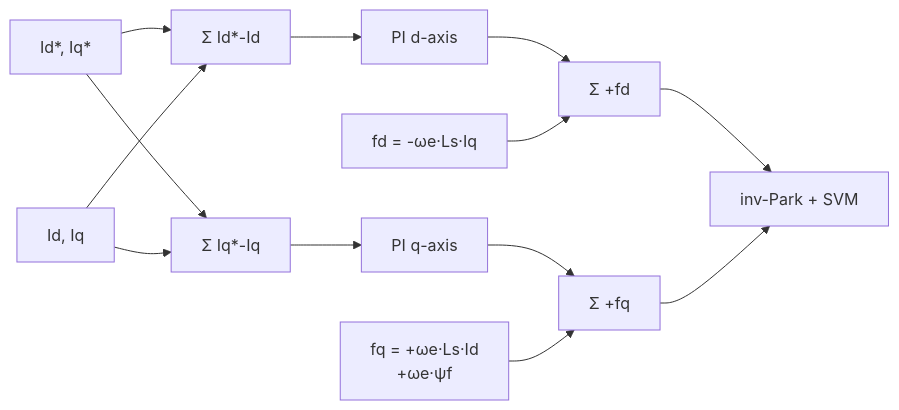
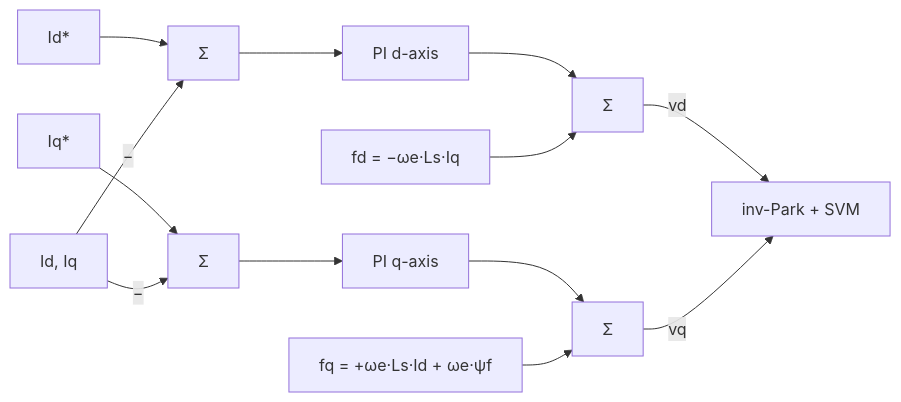
One commit to embedded-pro/e-foc changed the diagram in documentation/theory/current-loop-controllers.md. Above: the diagram before and after it, drawn with Mermaid. The commit also changed other lines of this file and 21 other files, not shown here.

````diff
--- a/documentation/theory/current-loop-controllers.md
+++ b/documentation/theory/current-loop-controllers.md
@@ -133,15 +132,15 @@
 ```mermaid
 graph LR
-    Iref["Id*, Iq*"] --> ERRD["Σ Id*-Id"]
-    Iref --> ERRQ["Σ Iq*-Iq"]
-    MEAS["Id, Iq"] --> ERRD
-    MEAS --> ERRQ
-    ERRD --> PID_D["PI d-axis"]
-    ERRQ --> PID_Q["PI q-axis"]
-    PID_D --> SUM_D["Σ +fd"]
-    PID_Q --> SUM_Q["Σ +fq"]
-    FF["fd = -ωe·Ls·Iq"] --> SUM_D
-    FFQ["fq = +ωe·Ls·Id\n    +ωe·ψf"] --> SUM_Q
-    SUM_D --> OUT["inv-Park + SVM"]
-    SUM_Q --> OUT
+    IREF_D["Id*"] --> ED["Σ"]
+    IREF_Q["Iq*"] --> EQ["Σ"]
+    IDQ["Id, Iq"] -->|"−"| ED
+    IDQ -->|"−"| EQ
+    ED --> PD["PI d-axis"]
+    EQ --> PQ["PI q-axis"]
+    PD --> SD["Σ"]
+    PQ --> SQ["Σ"]
+    FF_D["fd = −ωe·Ls·Iq"] --> SD
+    FF_Q["fq = +ωe·Ls·Id + ωe·ψf"] --> SQ
+    SD -->|"vd"| OUT["inv-Park + SVM"]
+    SQ -->|"vq"| OUT
 ```
````
